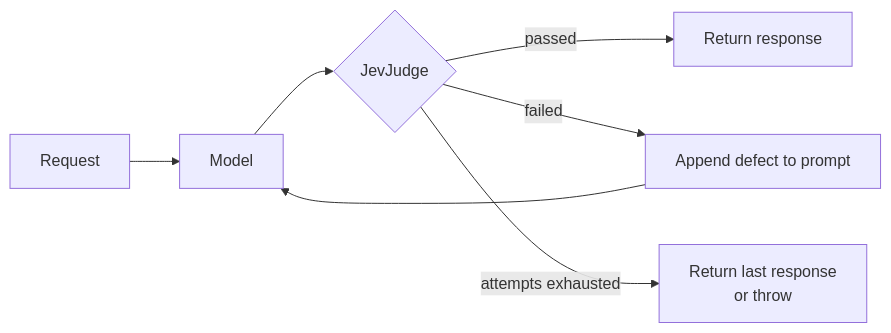
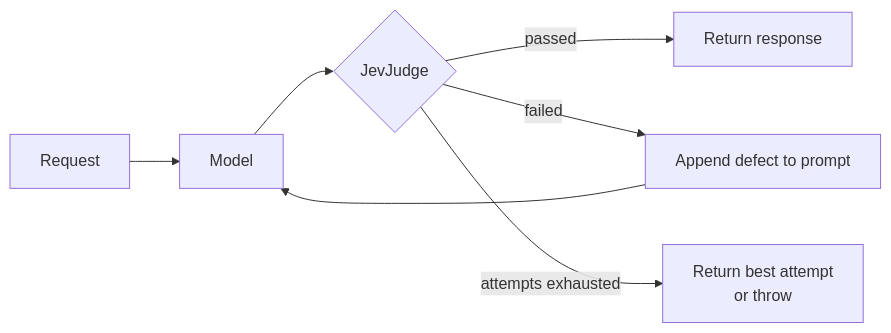
Before and after one commit to spring-ai-community/spring-ai-typesafe: the diagram in docs/judge/JevSelfRefineAdvisor.md, drawn with Mermaid. The commit also changed other lines of this file and 28 other files, not shown here.

````diff
--- a/docs/judge/JevSelfRefineAdvisor.md
+++ b/docs/judge/JevSelfRefineAdvisor.md
@@ -8,9 +8,9 @@
 ```mermaid
 flowchart LR
     A[Request] --> B[Model]
     B --> C{JevJudge}
     C -- passed --> D[Return response]
     C -- failed --> E[Append defect to prompt]
     E --> B
-    C -- attempts exhausted --> F[Return last response<br/>or throw]
+    C -- attempts exhausted --> F[Return best attempt<br/>or throw]
 ```
````
